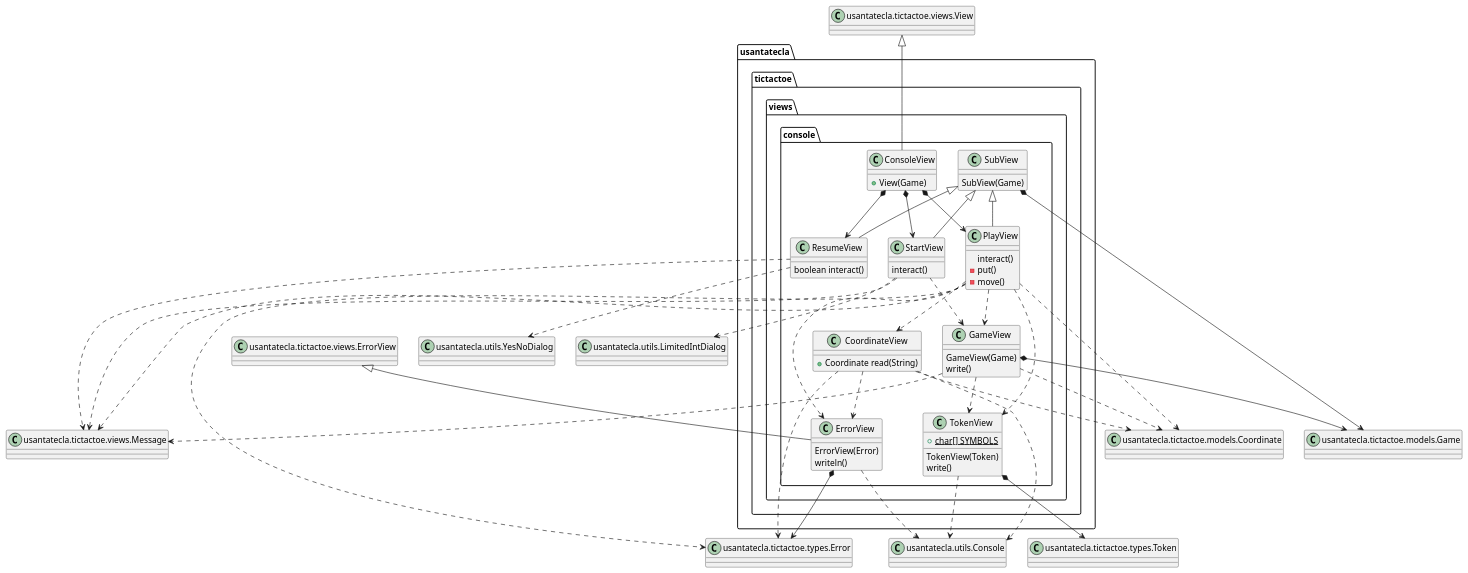
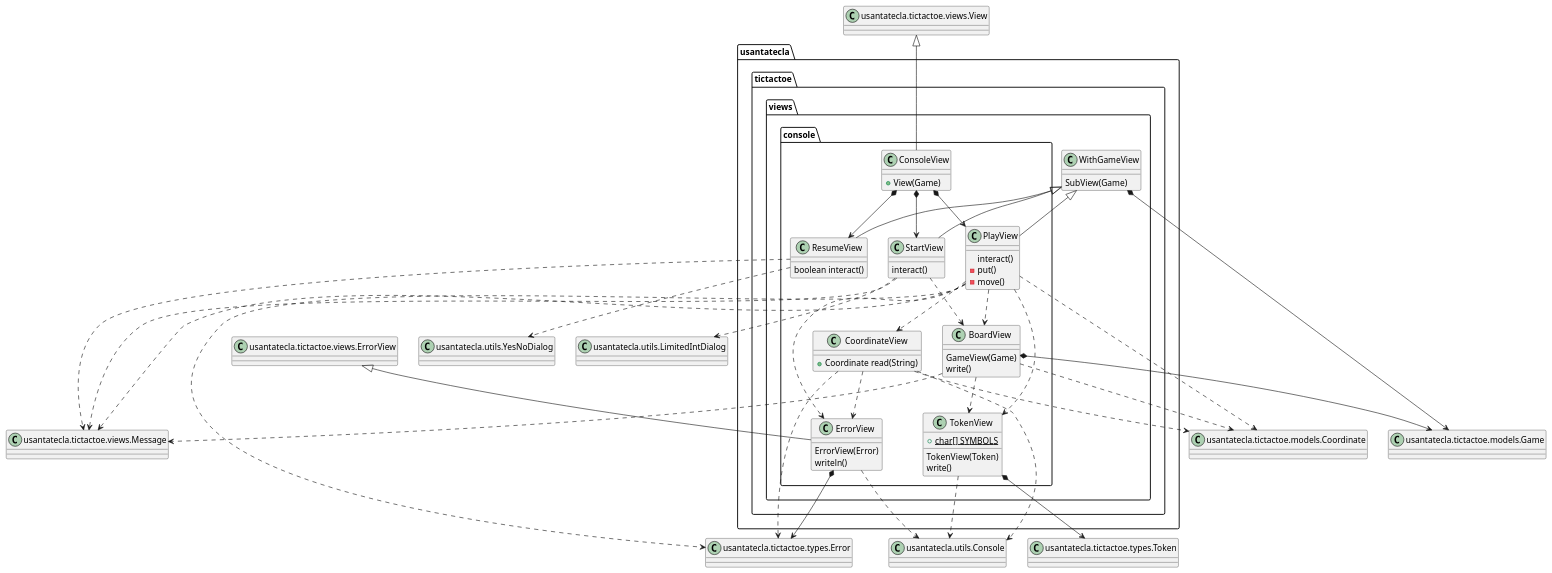
The third of 6 diagrams in documentView/withoutFactoryMethod/docs/diagrams/src/paquetes.plantuml (Jolucaa/USantaTecla-project-ticTacToe), drawn with PlantUML before and after one commit. The commit also changed 57 other files, not shown here.

Commit message:
refactor SubView to WithGameView

```diff
--- a/documentView/withoutFactoryMethod/docs/diagrams/src/paquetes.plantuml
+++ b/documentView/withoutFactoryMethod/docs/diagrams/src/paquetes.plantuml
@@ -80,122 +80,122 @@
 @startuml tictactoe.views.console
 class usantatecla.tictactoe.views.console.CoordinateView {
 
     + Coordinate read(String)
 
 }
 
 usantatecla.tictactoe.views.console.CoordinateView ..> usantatecla.tictactoe.views.console.ErrorView
 
 class Coordinate as "usantatecla.tictactoe.models.Coordinate"
 class Error as "usantatecla.tictactoe.types.Error"
 class Console as "usantatecla.utils.Console"
 
 usantatecla.tictactoe.views.console.CoordinateView ..> Console
 usantatecla.tictactoe.views.console.CoordinateView ..> Error
 usantatecla.tictactoe.views.console.CoordinateView ..> Coordinate
 
 class usantatecla.tictactoe.views.console.ErrorView {
 
 	ErrorView(Error)
 	writeln()
 
 }
 
 class ErrorView as "usantatecla.tictactoe.views.ErrorView"
 
 ErrorView <|-- usantatecla.tictactoe.views.console.ErrorView
 usantatecla.tictactoe.views.console.ErrorView ..> Console
 usantatecla.tictactoe.views.console.ErrorView *--> Error
 
-class usantatecla.tictactoe.views.console.GameView {
+class usantatecla.tictactoe.views.console.BoardView {
 
     GameView(Game)
 	write()
 
 }
 
 class Game as "usantatecla.tictactoe.models.Game"
 class Message as "usantatecla.tictactoe.views.Message"
 
-usantatecla.tictactoe.views.console.GameView *--> Game
-usantatecla.tictactoe.views.console.GameView ..> Coordinate
-usantatecla.tictactoe.views.console.GameView ..> Message
-usantatecla.tictactoe.views.console.GameView ..> usantatecla.tictactoe.views.console.TokenView
+usantatecla.tictactoe.views.console.BoardView *--> Game
+usantatecla.tictactoe.views.console.BoardView ..> Coordinate
+usantatecla.tictactoe.views.console.BoardView ..> Message
+usantatecla.tictactoe.views.console.BoardView ..> usantatecla.tictactoe.views.console.TokenView
 
-class usantatecla.tictactoe.views.console.SubView {
+class usantatecla.tictactoe.views.WithGameView {
 
 	SubView(Game)
 
 }
 
-usantatecla.tictactoe.views.console.SubView *--> Game
+usantatecla.tictactoe.views.WithGameView *--> Game
 
 class usantatecla.tictactoe.views.console.PlayView {
 
     interact()
     - put()
     - move()
 
 }
 
-usantatecla.tictactoe.views.console.SubView <|-- usantatecla.tictactoe.views.console.PlayView
+usantatecla.tictactoe.views.WithGameView <|-- usantatecla.tictactoe.views.console.PlayView
 usantatecla.tictactoe.views.console.PlayView ..> Coordinate
 usantatecla.tictactoe.views.console.PlayView ..> Message
 usantatecla.tictactoe.views.console.PlayView ..> Error
 usantatecla.tictactoe.views.console.PlayView ..> usantatecla.tictactoe.views.console.ErrorView
 usantatecla.tictactoe.views.console.PlayView ..> usantatecla.tictactoe.views.console.CoordinateView
-usantatecla.tictactoe.views.console.PlayView ..> usantatecla.tictactoe.views.console.GameView
+usantatecla.tictactoe.views.console.PlayView ..> usantatecla.tictactoe.views.console.BoardView
 usantatecla.tictactoe.views.console.PlayView ..> usantatecla.tictactoe.views.console.TokenView
 
 class usantatecla.tictactoe.views.console.ResumeView {
 
 	boolean interact()
 
 }
 
 class YesNoDialog as "usantatecla.utils.YesNoDialog"
 
-usantatecla.tictactoe.views.console.SubView <|-- usantatecla.tictactoe.views.console.ResumeView
+usantatecla.tictactoe.views.WithGameView <|-- usantatecla.tictactoe.views.console.ResumeView
 usantatecla.tictactoe.views.console.ResumeView ..> Message
 usantatecla.tictactoe.views.console.ResumeView ..> YesNoDialog
 
 class usantatecla.tictactoe.views.console.StartView {
 
 	interact()
 
 }
 
 class LimitedIntDialog as "usantatecla.utils.LimitedIntDialog"
 
-usantatecla.tictactoe.views.console.SubView <|-- usantatecla.tictactoe.views.console.StartView
+usantatecla.tictactoe.views.WithGameView <|-- usantatecla.tictactoe.views.console.StartView
 usantatecla.tictactoe.views.console.StartView ..> Message
 usantatecla.tictactoe.views.console.StartView ..> LimitedIntDialog
-usantatecla.tictactoe.views.console.StartView ..> usantatecla.tictactoe.views.console.GameView
+usantatecla.tictactoe.views.console.StartView ..> usantatecla.tictactoe.views.console.BoardView
 
 class usantatecla.tictactoe.views.console.TokenView {
 
 	+ {static} char[] SYMBOLS
 
 	TokenView(Token)
 	write()
 
 }
 
 class Token as "usantatecla.tictactoe.types.Token"
 
 usantatecla.tictactoe.views.console.TokenView *--> Token
 usantatecla.tictactoe.views.console.TokenView ..> Console
 
 class usantatecla.tictactoe.views.console.ConsoleView {
 
 	+ View(Game)
 
 }
 
 class View as "usantatecla.tictactoe.views.View"
 
 View <|-- usantatecla.tictactoe.views.console.ConsoleView
 usantatecla.tictactoe.views.console.ConsoleView *--> usantatecla.tictactoe.views.console.ResumeView
 usantatecla.tictactoe.views.console.ConsoleView *--> usantatecla.tictactoe.views.console.PlayView
 usantatecla.tictactoe.views.console.ConsoleView *--> usantatecla.tictactoe.views.console.StartView
 @enduml
```
